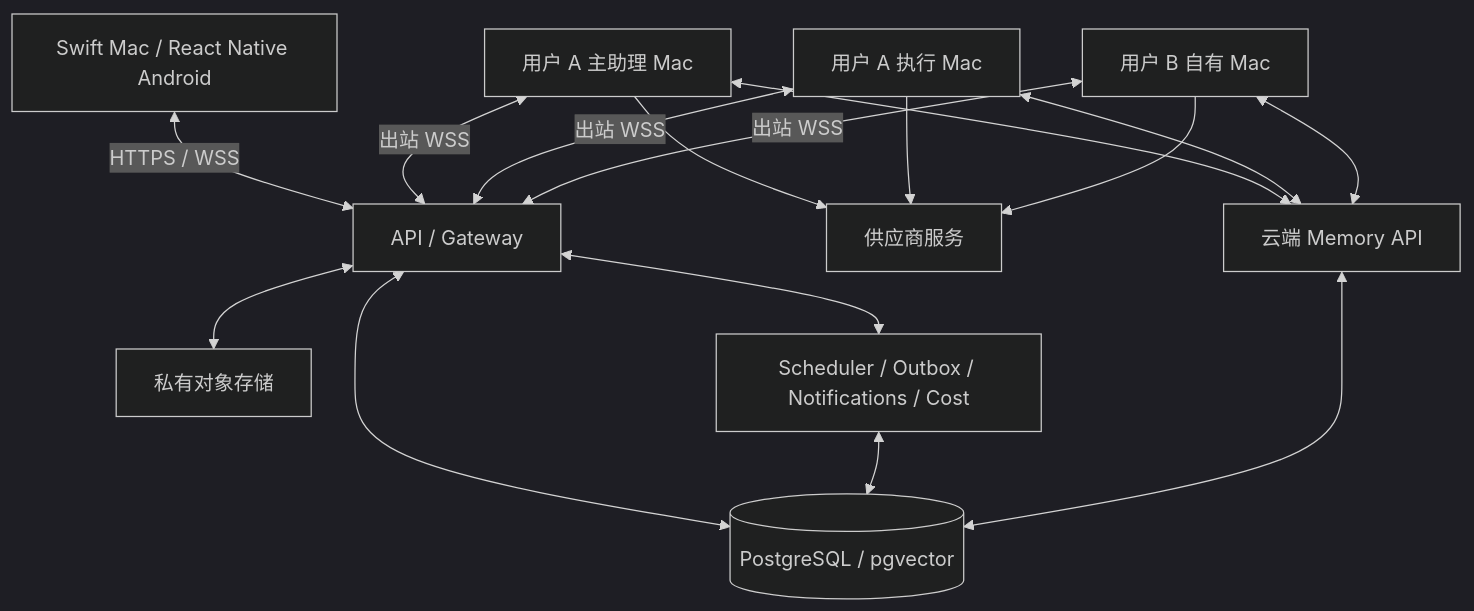
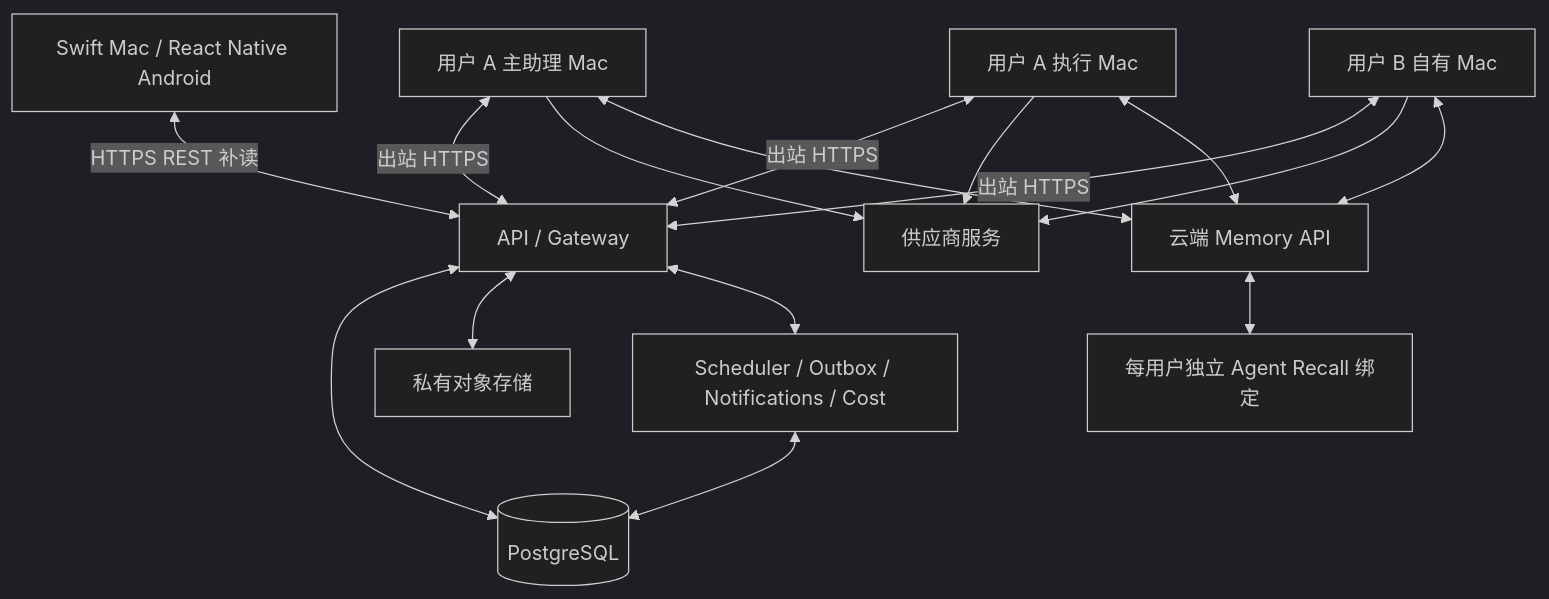
One commit to ximing/super-agent changed the first of 2 diagrams in docs/technical-design.md. Above: the diagram before and after it, drawn with Mermaid (dark theme). The commit also changed other lines of this file and 92 other files, not shown here.

````diff
--- a/docs/technical-design.md
+++ b/docs/technical-design.md
@@ -24,18 +26,18 @@
 ```mermaid
 flowchart TB
-    UI[Swift Mac / React Native Android] <-->|HTTPS / WSS| API[API / Gateway]
-    API <--> DB[(PostgreSQL / pgvector)]
+    UI[Swift Mac / React Native Android] <-->|HTTPS REST 补读| API[API / Gateway]
+    API <--> DB[(PostgreSQL)]
     API <--> OBJ[私有对象存储]
     JOB[Scheduler / Outbox / Notifications / Cost] <--> DB
     API <--> JOB
-    A[用户 A 主助理 Mac] <-->|出站 WSS| API
-    B[用户 A 执行 Mac] <-->|出站 WSS| API
-    C[用户 B 自有 Mac] <-->|出站 WSS| API
+    A[用户 A 主助理 Mac] <-->|出站 HTTPS| API
+    B[用户 A 执行 Mac] <-->|出站 HTTPS| API
+    C[用户 B 自有 Mac] <-->|出站 HTTPS| API
     A --> MODEL[供应商服务]
     B --> MODEL
     C --> MODEL
     A <--> MEM[云端 Memory API]
     B <--> MEM
     C <--> MEM
-    MEM <--> DB
+    MEM <--> RECALL[每用户独立 Agent Recall 绑定]
 ```
````
